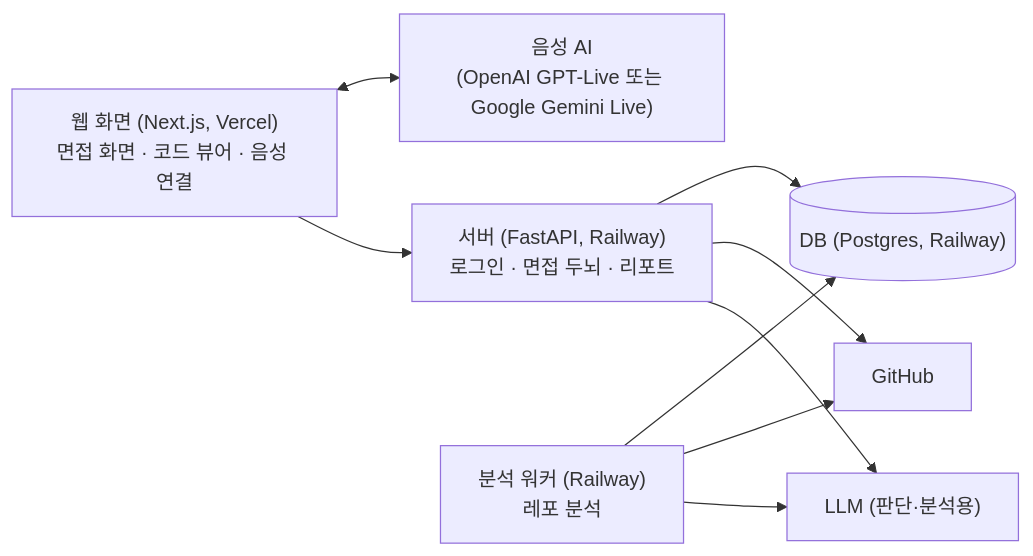
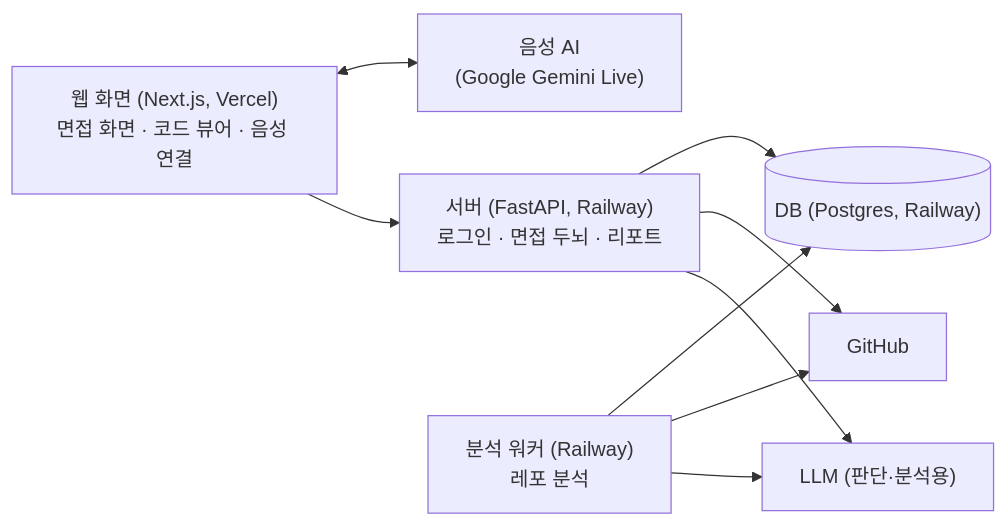
Before and after one commit to GitInsight2-0/GitInsight2.0: the diagram in README.md, drawn with Mermaid. The commit also changed 3 other files, not shown here.

````diff
--- a/README.md
+++ b/README.md
@@ -48,19 +48,19 @@
 ```mermaid
 flowchart LR
   W["웹 화면 (Next.js, Vercel)<br/>면접 화면 · 코드 뷰어 · 음성 연결"]
-  V["음성 AI<br/>(OpenAI GPT-Live 또는 Google Gemini Live)"]
+  V["음성 AI<br/>(Google Gemini Live)"]
   S["서버 (FastAPI, Railway)<br/>로그인 · 면접 두뇌 · 리포트"]
   K["분석 워커 (Railway)<br/>레포 분석"]
   D[("DB (Postgres, Railway)")]
   G["GitHub"]
   L["LLM (판단·분석용)"]
 
   W <--> V
   W --> S
   S --> D
   K --> D
   K --> G
   S --> G
   S --> L
   K --> L
 ```
````
